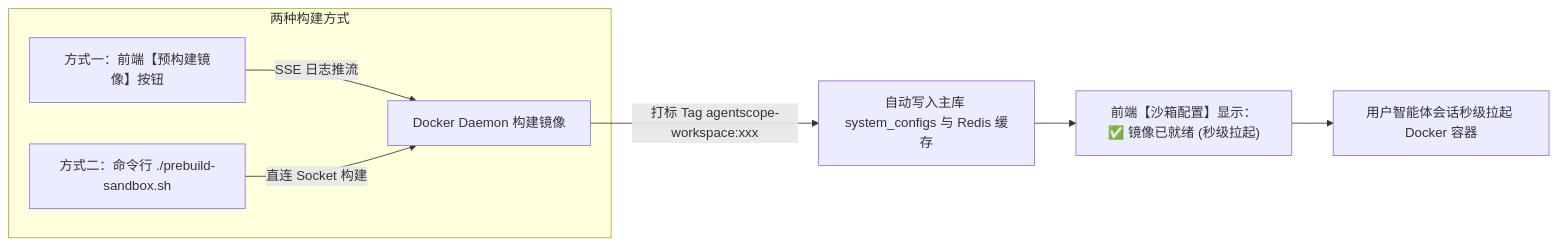
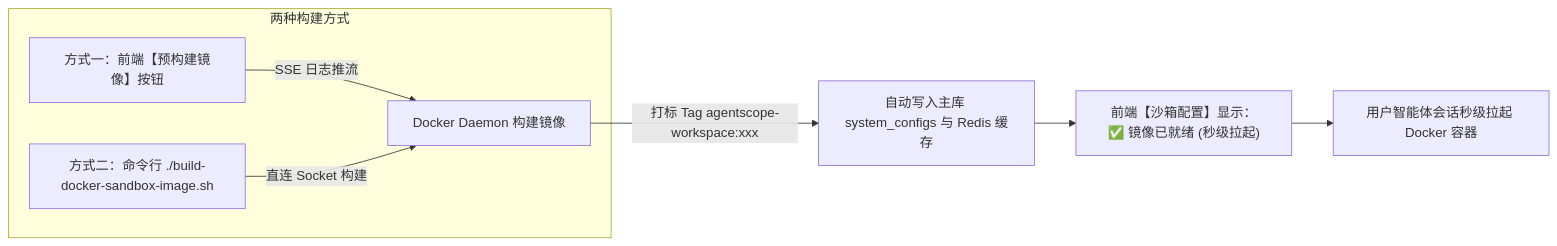
The diagram in sandbox/docker/README.md (RandyChen1985/nanzi-ai-agent-platform), drawn with Mermaid before and after one commit. The commit also changed other lines of this file and 11 other files, not shown here.

````diff
--- a/sandbox/docker/README.md
+++ b/sandbox/docker/README.md
@@ -38,10 +38,10 @@
 ```mermaid
 graph LR
     subgraph 两种构建方式
         A["方式一：前端【预构建镜像】按钮"] -->|SSE 日志推流| C["Docker Daemon 构建镜像"]
-        B["方式二：命令行 ./prebuild-sandbox.sh"] -->|直连 Socket 构建| C
+        B["方式二：命令行 ./build-docker-sandbox-image.sh"] -->|直连 Socket 构建| C
     end
     C -->|打标 Tag agentscope-workspace:xxx| D["自动写入主库 system_configs 与 Redis 缓存"]
     D --> E["前端【沙箱配置】显示：✅ 镜像已就绪 (秒级拉起)"]
     E --> F["用户智能体会话秒级拉起 Docker 容器"]
 ```
````
